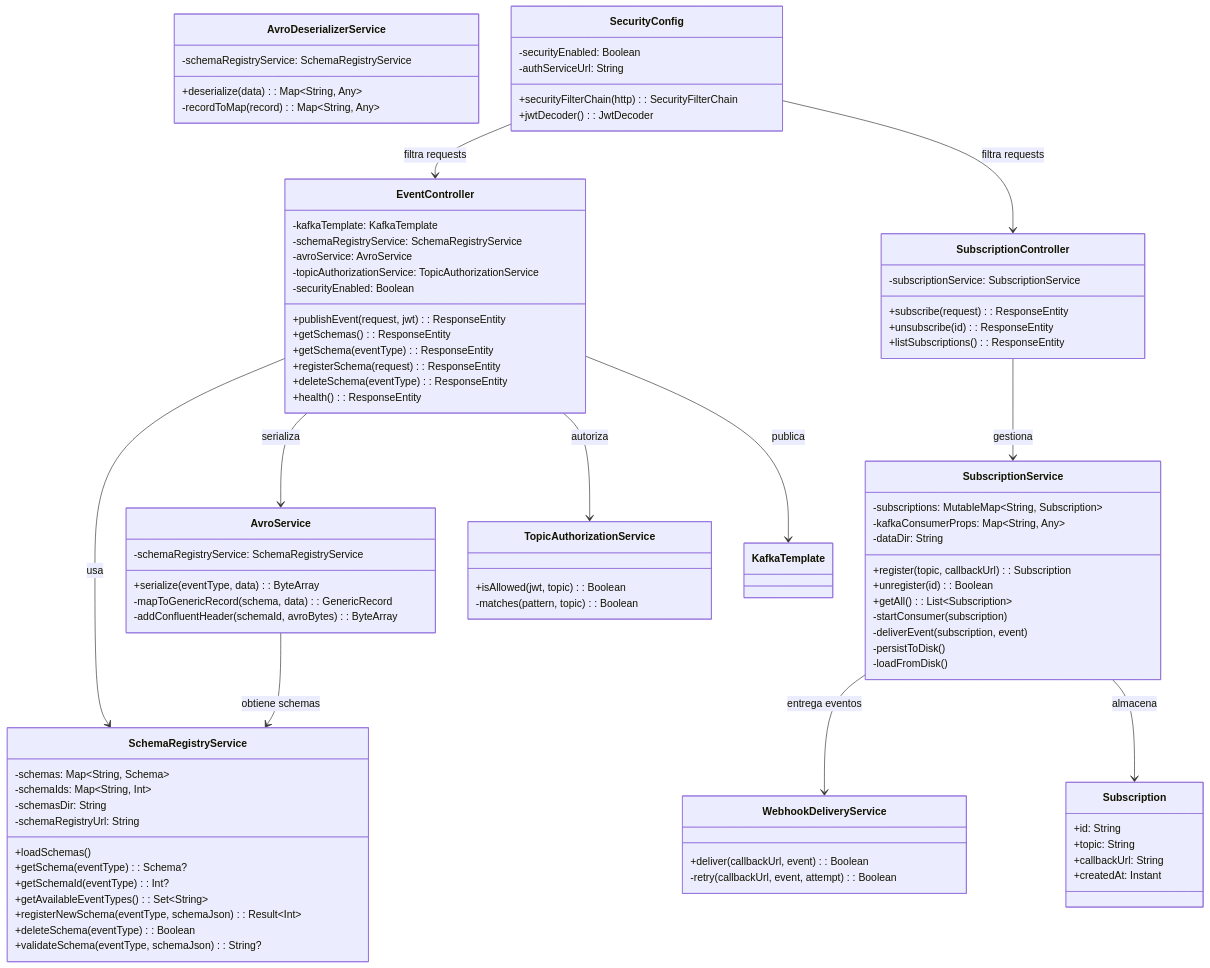
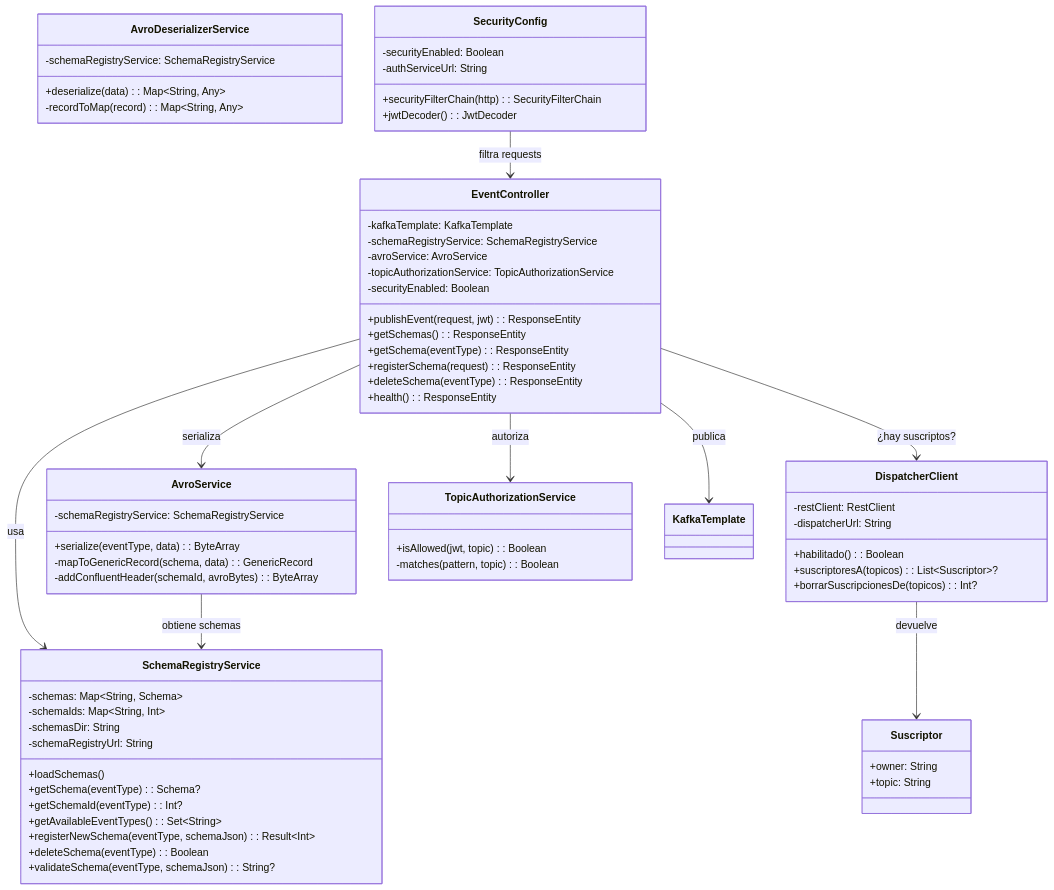
The first of 2 diagrams in docs/diagrams/clases-event-gateway.md (carlos-illobre/citypass-event-gateway), drawn with Mermaid before and after one commit. The commit also changed other lines of this file and 111 other files, not shown here.

````diff
--- a/docs/diagrams/clases-event-gateway.md
+++ b/docs/diagrams/clases-event-gateway.md
@@ -16,13 +20,6 @@
         +registerSchema(request): ResponseEntity
         +deleteSchema(eventType): ResponseEntity
         +health(): ResponseEntity
-    }
-
-    class SubscriptionController {
-        -subscriptionService: SubscriptionService
-        +subscribe(request): ResponseEntity
-        +unsubscribe(id): ResponseEntity
-        +listSubscriptions(): ResponseEntity
     }
 
     class SchemaRegistryService {
@@ -52,22 +49,12 @@
         -recordToMap(record): Map~String, Any~
     }
 
-    class SubscriptionService {
-        -subscriptions: MutableMap~String, Subscription~
-        -kafkaConsumerProps: Map~String, Any~
-        -dataDir: String
-        +register(topic, callbackUrl): Subscription
-        +unregister(id): Boolean
-        +getAll(): List~Subscription~
-        -startConsumer(subscription)
-        -deliverEvent(subscription, event)
-        -persistToDisk()
-        -loadFromDisk()
-    }
-
-    class WebhookDeliveryService {
-        +deliver(callbackUrl, event): Boolean
-        -retry(callbackUrl, event, attempt): Boolean
+    class DispatcherClient {
+        -restClient: RestClient
+        -dispatcherUrl: String
+        +habilitado(): Boolean
+        +suscriptoresA(topicos): List~Suscriptor~?
+        +borrarSuscripcionesDe(topicos): Int?
     }
 
     class TopicAuthorizationService {
@@ -82,11 +69,9 @@
         +jwtDecoder(): JwtDecoder
     }
 
-    class Subscription {
-        +id: String
+    class Suscriptor {
+        +owner: String
         +topic: String
-        +callbackUrl: String
-        +createdAt: Instant
     }
 
     EventController --> SchemaRegistryService : usa
@@ -94,13 +79,10 @@
     EventController --> TopicAuthorizationService : autoriza
     EventController --> KafkaTemplate : publica
 
-    SubscriptionController --> SubscriptionService : gestiona
-
     AvroService --> SchemaRegistryService : obtiene schemas
 
-    SubscriptionService --> WebhookDeliveryService : entrega eventos
-    SubscriptionService --> Subscription : almacena
+    EventController --> DispatcherClient : ¿hay suscriptos?
+    DispatcherClient --> Suscriptor : devuelve
 
     SecurityConfig --> EventController : filtra requests
-    SecurityConfig --> SubscriptionController : filtra requests
 ```
````
